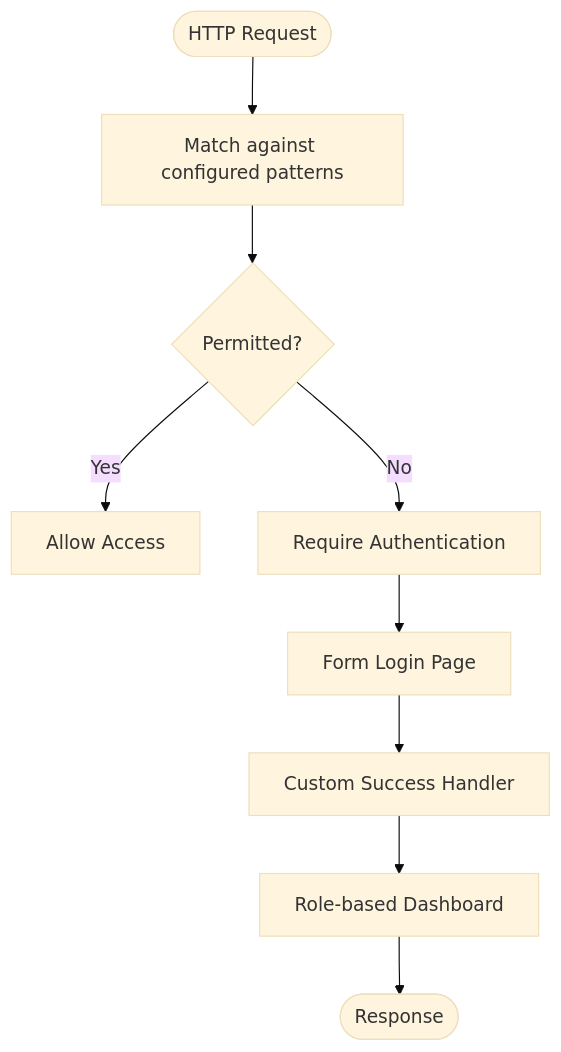
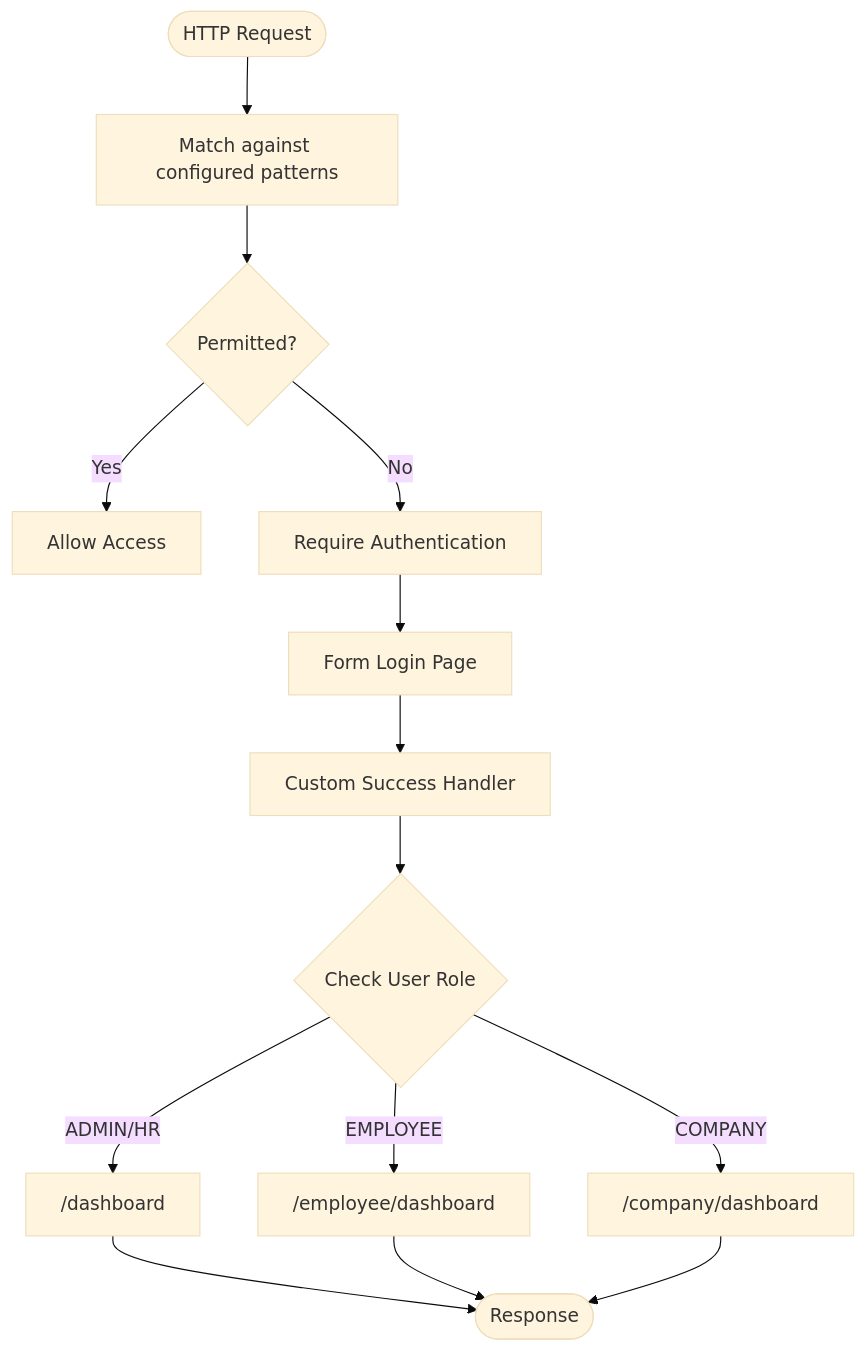
Before and after one commit to mhcybroot/Skylink-custom-backend: the third of 8 diagrams in .qoder/repowiki/en/content/Developer Guidelines.md, drawn with Mermaid (base theme). The commit also changed other lines of this file and 7 other files, not shown here.

First line of the commit message:
feat(architecture): enhance security, real-time communication, and data access layers

````diff
--- a/.qoder/repowiki/en/content/Developer Guidelines.md
+++ b/.qoder/repowiki/en/content/Developer Guidelines.md
@@ -159,11 +217,16 @@
 ```mermaid
 flowchart TD
 Start(["HTTP Request"]) --> Match["Match against configured patterns"]
 Match --> Permitted{"Permitted?"}
 Permitted --> |Yes| Allow["Allow Access"]
 Permitted --> |No| AuthReq["Require Authentication"]
 AuthReq --> LoginForm["Form Login Page"]
 LoginForm --> SuccessHandler["Custom Success Handler"]
-SuccessHandler --> Dashboard["Role-based Dashboard"]
-Dashboard --> End(["Response"])
+SuccessHandler --> RoleCheck{"Check User Role"}
+RoleCheck --> |ADMIN/HR| AdminDash["/dashboard"]
+RoleCheck --> |EMPLOYEE| EmpDash["/employee/dashboard"]
+RoleCheck --> |COMPANY| CoDash["/company/dashboard"]
+AdminDash --> End(["Response"])
+EmpDash --> End
+CoDash --> End
 ```
````
